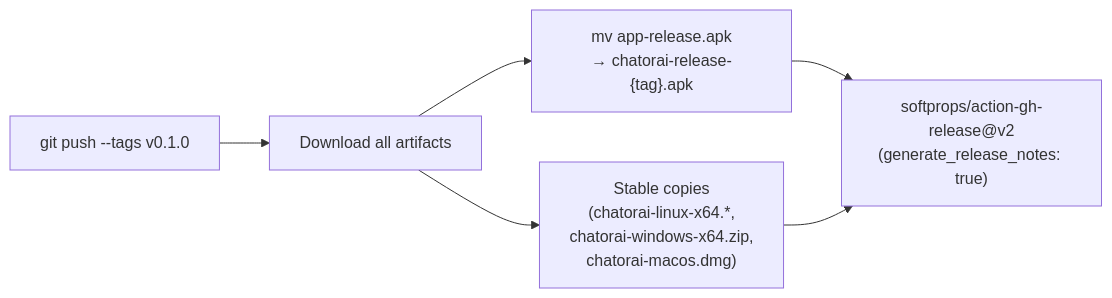
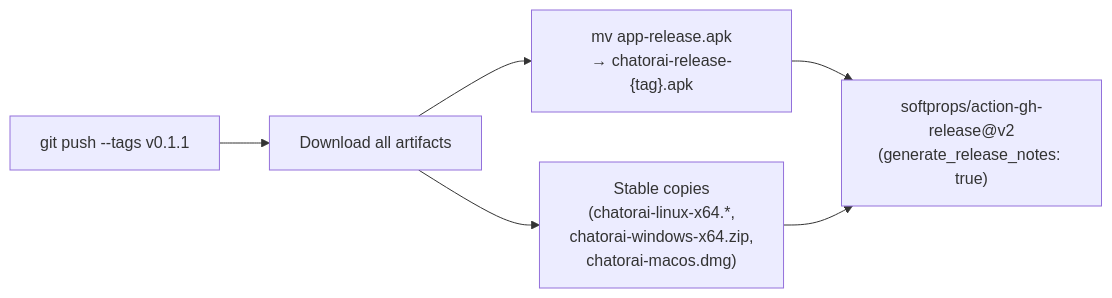
Before and after one commit to AmidVoshakul/chatorai: the fourth of 4 diagrams in docs/diagrams/ci-release.md, drawn with Mermaid. The commit also changed other lines of this file and 101 other files, not shown here.

````diff
--- a/docs/diagrams/ci-release.md
+++ b/docs/diagrams/ci-release.md
@@ -115,14 +115,14 @@
 ```mermaid
 graph LR
-    tag_push["git push --tags v0.1.0"]
+    tag_push["git push --tags v0.1.1"]
     download["Download all artifacts"]
     rename_apk["mv app-release.apk\n→ chatorai-release-{tag}.apk"]
     gh_release["softprops/action-gh-release@v2\n(generate_release_notes: true)"]
     stable_copies["Stable copies\n(chatorai-linux-x64.*,\nchatorai-windows-x64.zip,\nchatorai-macos.dmg)"]
 
     tag_push --> download
     download --> rename_apk
     rename_apk --> gh_release
     download --> stable_copies
     stable_copies --> gh_release
 ```
````
